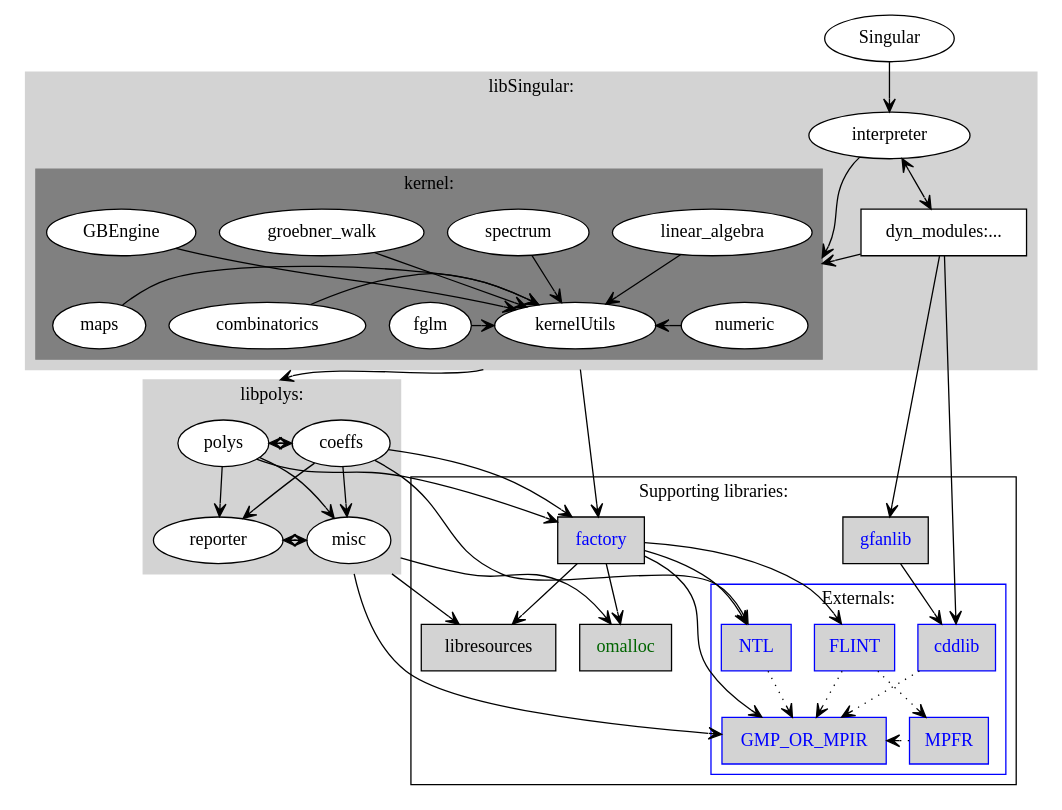
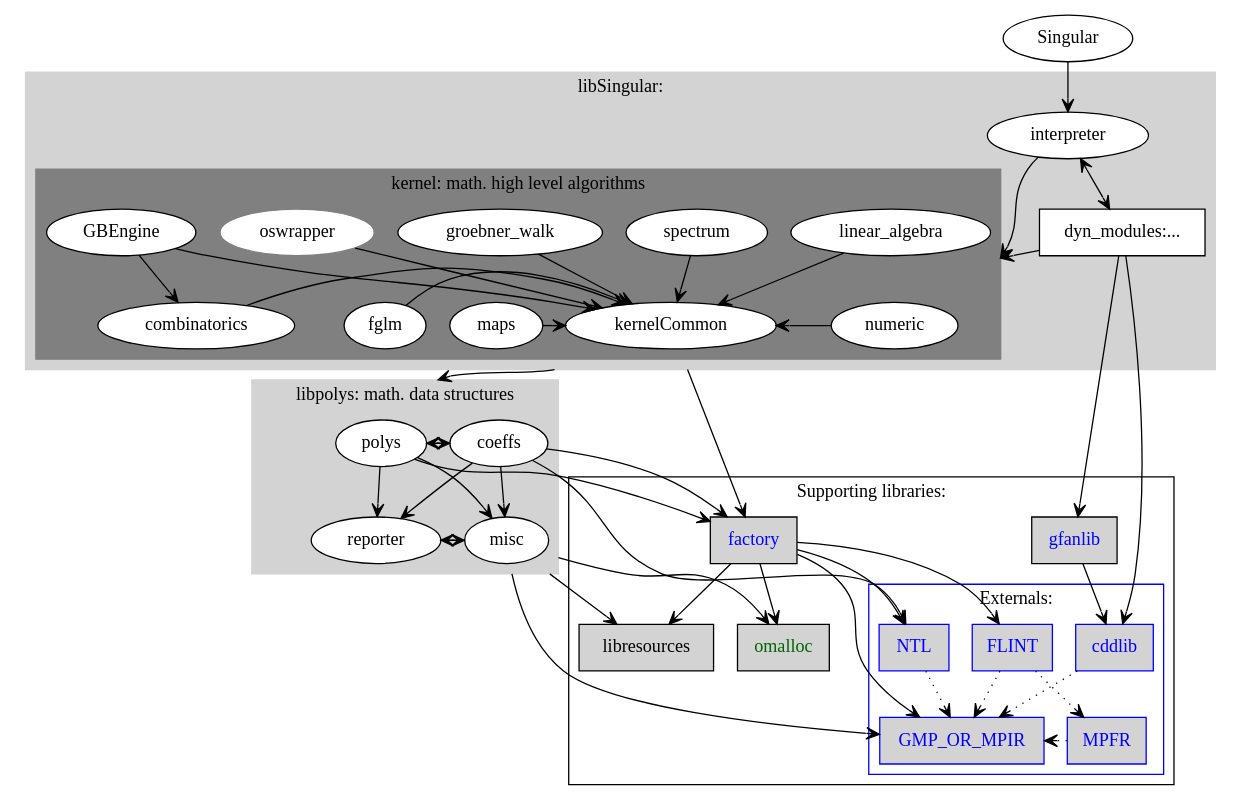
Before and after one commit to Singular/Singular: the diagram in Includes.dot, drawn with Graphviz.

Commit message:
Updated the subdivision diagramm for kernel + descr.

```diff
--- a/Includes.dot
+++ b/Includes.dot
@@ -1,104 +1,107 @@
 digraph IncludesInSingular4
 {
   compound=true;
   edge [ arrowhead=open ];
   graph [ 
 //    rankdir=TB; 
   ];
   pack = 0 ;
   packMode = "graph" ;
   subgraph "clusterlibpolys"
   {
-      label="libpolys:";
+      label="libpolys: math. data structures";
       color = lightgray;
       style = filled;
       node [ fillcolor = white, style = filled, color = black, fontcolor=black];
       { rank=same;  misc ; reporter ; };
       { rank=same; coeffs ; polys };
   } ;
   subgraph "clusterlibSingular"
   {
         rank="max" ;
         label="libSingular:";
         color = lightgray;
         style = filled;
         node [ fillcolor = white, style = filled, color = black, fontcolor=black];
         interpreter [] ;
 	"dyn_modules:..." [shape=box] ;
 	  subgraph "clusterMath"
 	  {
 	          rank="min" ;
-		  label="kernel:";
+		  label="kernel: math. high level algorithms";
 		  color = gray;
 //        	  style = filled;
   		  node [ fillcolor = white, style = filled, color = black, fontcolor=black];
-		  { rank=same; fglm; numeric; maps; kernelUtils; combinatorics; };
+		  { rank=same; fglm; numeric; maps; kernelCommon; combinatorics; };
 		  { rank=same; linear_algebra; spectrum; groebner_walk; GBEngine;};
+		  oswrapper [color = gray];
          }
   } ;
   subgraph "clusterinternals"
   {
     label="Supporting libraries:";
     { rank=same; 
       omalloc [ fillcolor=lightgrey, fontcolor=darkgreen, style=filled, color = black, shape=box ] ;
       libresources [ fillcolor=lightgrey, style=filled, color = black, shape=box ]  ;
     } ;
     { rank=same;
       gfanlib [ fillcolor=lightgrey, fontcolor=blue, style=filled, color = black, shape=box ] ;
       factory [ fillcolor=lightgrey, fontcolor=blue, style=filled, color = black, shape=box ] ;
     } ;
    subgraph "clusterexternals"
    {
     rank="min" ;
     node [ color=blue, fillcolor=lightgrey, fontcolor=blue, style=filled, shape=box ];
     label="Externals:";
     color=blue;
     { rank=same; GMP_OR_MPIR []; MPFR [] ; } ;
     { rank=same; NTL ; FLINT ; cddlib ;   };
    } ;
   } ;  
   NTL -> GMP_OR_MPIR [style = "dotted"];
   FLINT -> GMP_OR_MPIR [style = "dotted"];
   cddlib -> GMP_OR_MPIR [style = "dotted"];
   FLINT -> MPFR [style = "dotted"];
 MPFR -> GMP_OR_MPIR [style = "dotted"];
 factory -> FLINT [];
   factory -> GMP_OR_MPIR [];
   factory -> NTL [];
   factory -> omalloc;
   factory -> libresources;
   Singular -> interpreter [];
   interpreter -> numeric [lhead="clusterMath"];
 //  interpreter -> "..." [lhead="clusterMath"];
   interpreter -> "dyn_modules:..." [dir=both, arrowtail="open", arrowhead="open"];
-  "dyn_modules:..." -> kernelUtils [lhead="clusterMath"];
+  "dyn_modules:..." -> kernelCommon [lhead="clusterMath"];
   "dyn_modules:..." -> gfanlib [];
   "dyn_modules:..." -> cddlib [];
   gfanlib -> cddlib [];
-  kernelUtils -> polys [ltail="clusterlibSingular", lhead="clusterlibpolys"];
-  kernelUtils -> factory [ltail="clusterlibSingular"];
-  combinatorics -> kernelUtils [];
-  fglm -> kernelUtils [];
-  GBEngine -> kernelUtils [];
-  groebner_walk -> kernelUtils [];
-  linear_algebra -> kernelUtils [];
-  maps -> kernelUtils [];
-  numeric -> kernelUtils [];
-  spectrum -> kernelUtils [];
+  kernelCommon -> polys [ltail="clusterlibSingular", lhead="clusterlibpolys"];
+  kernelCommon -> factory [ltail="clusterlibSingular"];
+  combinatorics -> kernelCommon [];
+  GBEngine -> combinatorics [];
+  fglm -> kernelCommon [];
+  GBEngine -> kernelCommon [];
+  groebner_walk -> kernelCommon [];
+  linear_algebra -> kernelCommon [];
+  maps -> kernelCommon [];
+  numeric -> kernelCommon [];
+  spectrum -> kernelCommon [];
+  oswrapper -> kernelCommon [];
   polys -> coeffs [dir=both, arrowtail="open", arrowhead="open"] ;
   polys -> misc;
   polys -> reporter;
   polys -> factory [];
   reporter -> misc [dir=both, arrowtail="open", arrowhead="open"] ;
   coeffs -> NTL [];
   coeffs -> factory [];
   coeffs -> misc;
   coeffs -> reporter;
   misc -> libresources [ltail="clusterlibpolys"];
   misc -> omalloc [ltail="clusterlibpolys"];
   misc -> GMP_OR_MPIR [ltail="clusterlibpolys"];
 }
-// dot -Tpng -o singular.png singular.dot
+// dot -Tpng -o D.png Includes.dot
 // boxed = third party
 // filled = external
 // blue = math
```
